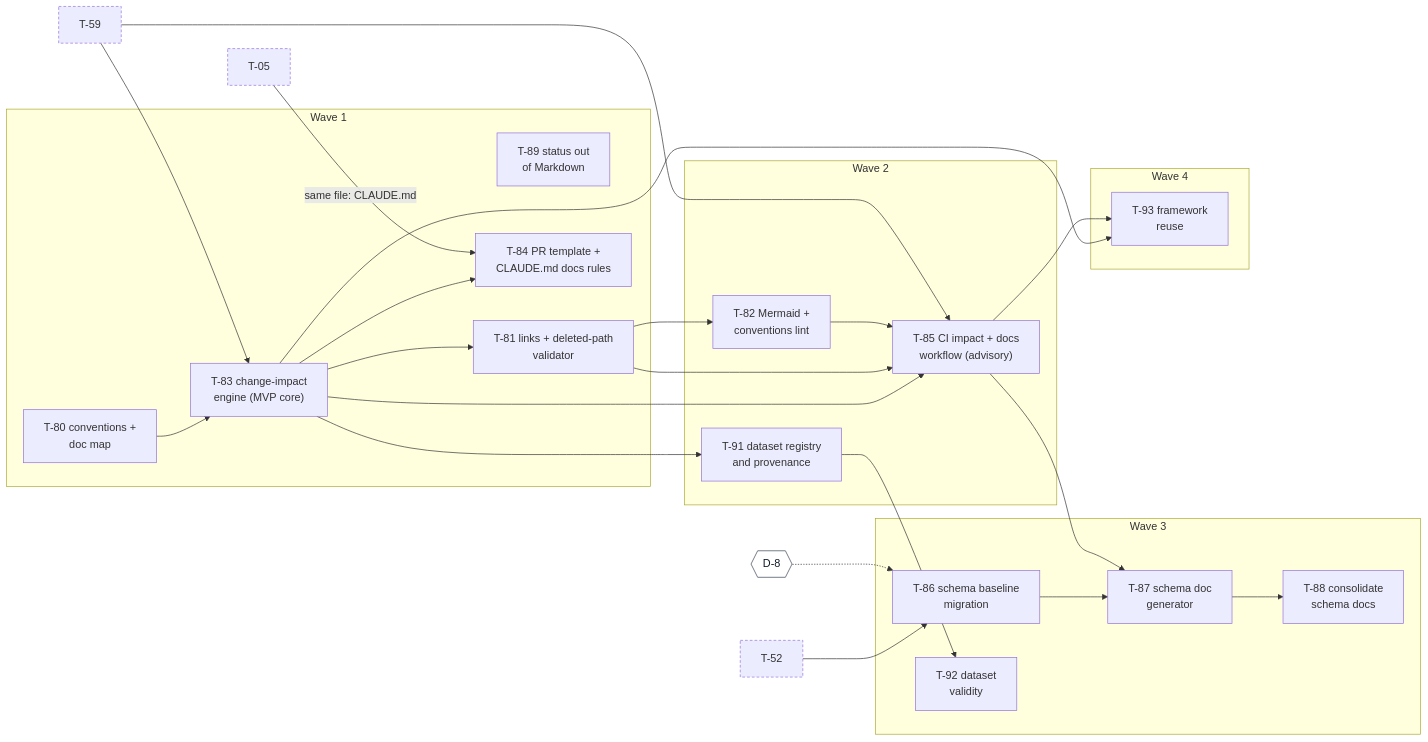
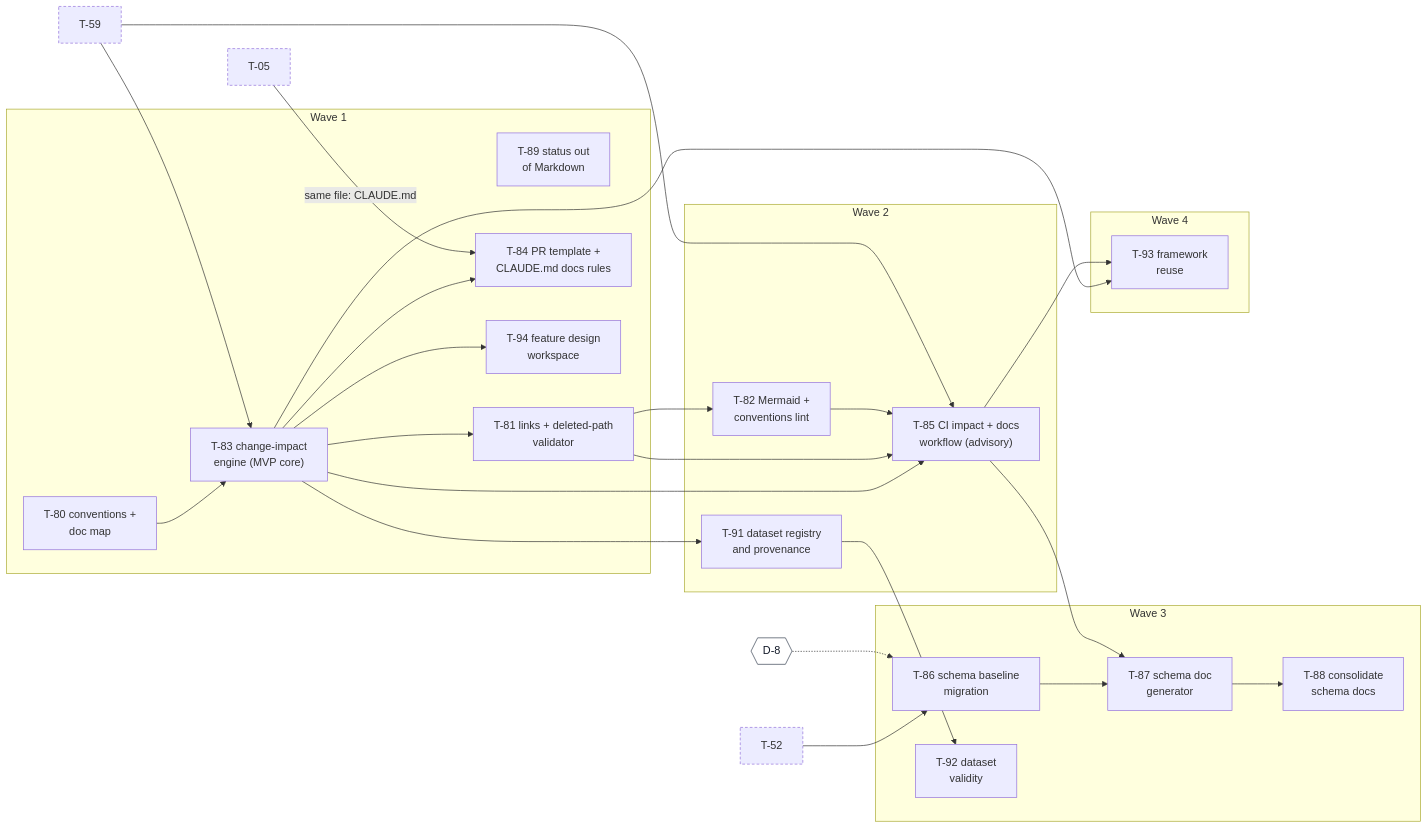
One commit to adrianfarhat/orlando-infrastructure-etl changed the sixth of 7 diagrams in docs/agents/development-status.md. Above: the diagram before and after it, drawn with Mermaid. The commit also changed other lines of this file and 21 other files, not shown here.

````diff
--- a/docs/agents/development-status.md
+++ b/docs/agents/development-status.md
@@ -216,53 +217,55 @@
 ```mermaid
 flowchart LR
   %% diagram-type: dependency
   T05p["T-05"]
   T52p["T-52"]
   T59p["T-59"]
   D8{{"D-8"}}
   subgraph DS1["Wave 1"]
     T80["T-80 conventions +<br/>doc map"]
     T89["T-89 status out<br/>of Markdown"]
     T83["T-83 change-impact<br/>engine (MVP core)"]
     T81["T-81 links + deleted-path<br/>validator"]
     T84["T-84 PR template +<br/>CLAUDE.md docs rules"]
+    T94["T-94 feature design<br/>workspace"]
   end
   subgraph DS2["Wave 2"]
     T82["T-82 Mermaid +<br/>conventions lint"]
     T85["T-85 CI impact + docs<br/>workflow (advisory)"]
     T91["T-91 dataset registry<br/>and provenance"]
   end
   subgraph DS3["Wave 3"]
     T86["T-86 schema baseline<br/>migration"]
     T87["T-87 schema doc<br/>generator"]
     T88["T-88 consolidate<br/>schema docs"]
     T92["T-92 dataset<br/>validity"]
   end
   subgraph DS4["Wave 4"]
     T93["T-93 framework<br/>reuse"]
   end
   T80 --> T83
   T59p --> T83
   T83 --> T81
   T81 --> T82
   T83 --> T84
   T05p -->|"same file: CLAUDE.md"| T84
   T83 --> T85
   T81 --> T85
   T82 --> T85
   T59p --> T85
   T52p --> T86
   D8 -.-> T86
   T86 --> T87
   T85 --> T87
   T87 --> T88
   T83 --> T91
   T91 --> T92
   T83 --> T93
   T85 --> T93
+  T83 --> T94
 
   classDef decision fill:#ffffff,stroke:#374151,color:#111827
   classDef otherwave stroke-dasharray:4 3
   class D8 decision
   class T05p,T52p,T59p otherwave
 ```
````
